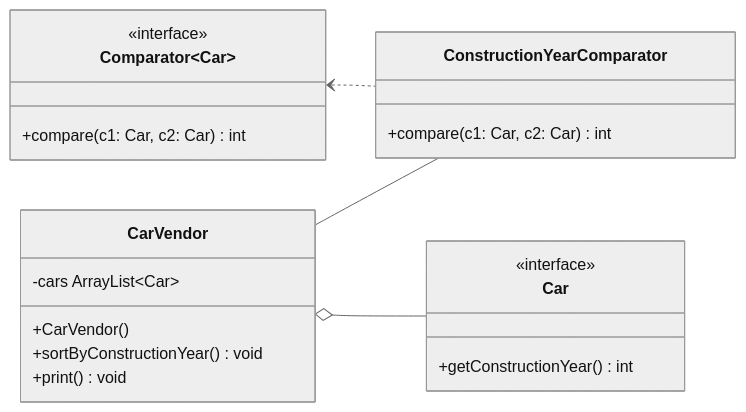
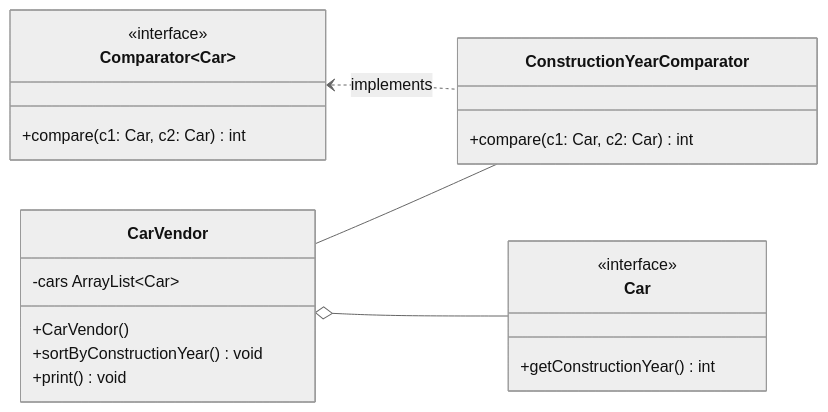
One commit to jappuccini/java-docs changed the sixth of 6 diagrams in docs/additional-material/steffen/java-1/exam-preparation/2023.mdx. Above: the diagram before and after it, drawn with Mermaid (neutral theme). The commit also changed other lines of this file and 1 other file, not shown here.

Commit message:
fix class diagrams for java 1 exam preparations

````diff
--- a/docs/additional-material/steffen/java-1/exam-preparation/2023.mdx
+++ b/docs/additional-material/steffen/java-1/exam-preparation/2023.mdx
@@ -361,29 +366,29 @@
 ```mermaid
 classDiagram
   direction LR
 
-  Comparator~Car~ <.. ConstructionYearComparator
+  Comparator~Car~ <.. ConstructionYearComparator : implements
   CarVendor --  ConstructionYearComparator
   CarVendor o--  Car
 
   class Comparator~Car~ {
     <<interface>>
     +compare(c1: Car, c2: Car) int
   }
 
   class ConstructionYearComparator {
     +compare(c1: Car, c2: Car) int
   }
 
   class CarVendor {
     -cars ArrayList~Car~
     +CarVendor()
     +sortByConstructionYear() void
     +print() void
   }
 
   class Car {
     <<interface>>
     +getConstructionYear() int
   }
 ```
````
